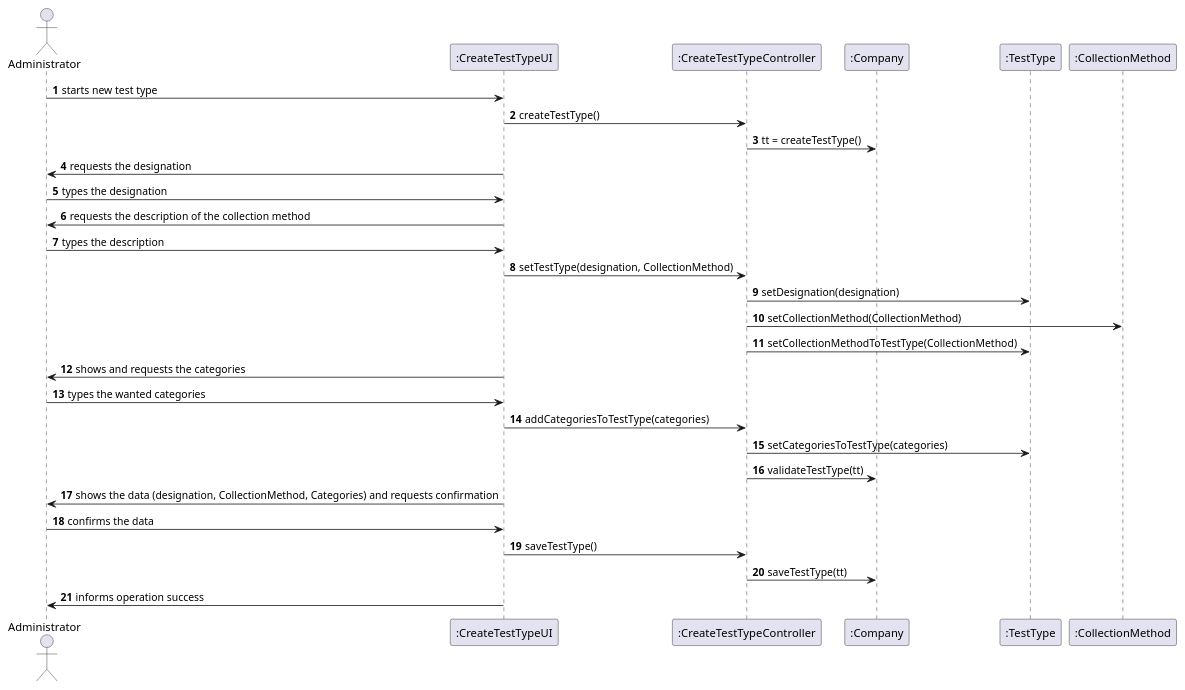
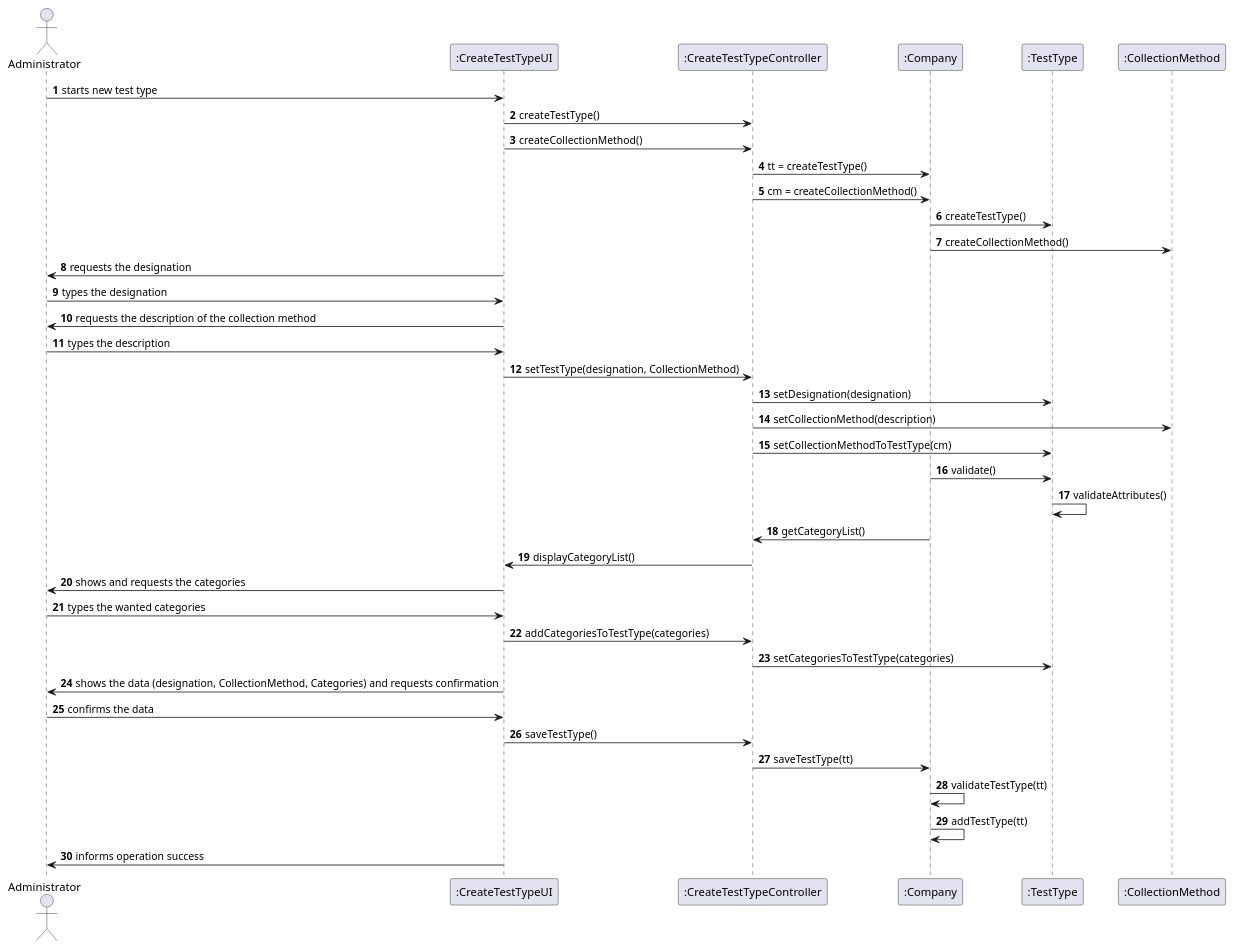
Before and after one commit to MadDinosaur/ISEP-LAPR2: the diagram in docs/SprintB/US9/US9_SD.puml, drawn with PlantUML. The commit also changed 7 other files, not shown here.

Commit message:
Made some changes to the sequence diagram, to the class diagram and to the requirements file. Started implementing the code.

```diff
--- a/docs/SprintB/US9/US9_SD.puml
+++ b/docs/SprintB/US9/US9_SD.puml
@@ -1,37 +1,48 @@
 @startuml
 
 
 autonumber
 
 actor Administrator
 
 Administrator -> ":CreateTestTypeUI": starts new test type
 ":CreateTestTypeUI" -> ":CreateTestTypeController": createTestType()
+":CreateTestTypeUI" -> ":CreateTestTypeController": createCollectionMethod()
 ":CreateTestTypeController" -> ":Company": tt = createTestType()
+":CreateTestTypeController" -> ":Company": cm = createCollectionMethod()
+":Company" -> ":TestType": createTestType()
+":Company" -> ":CollectionMethod": createCollectionMethod()
 
 ":CreateTestTypeUI" -> Administrator: requests the designation
 Administrator -> ":CreateTestTypeUI": types the designation
 ":CreateTestTypeUI" -> Administrator: requests the description of the collection method
 Administrator -> ":CreateTestTypeUI": types the description
 
 ":CreateTestTypeUI" -> ":CreateTestTypeController": setTestType(designation, CollectionMethod)
 ":CreateTestTypeController" -> ":TestType": setDesignation(designation)
-":CreateTestTypeController" -> ":CollectionMethod": setCollectionMethod(CollectionMethod)
-":CreateTestTypeController" -> ":TestType": setCollectionMethodToTestType(CollectionMethod)
+":CreateTestTypeController" -> ":CollectionMethod": setCollectionMethod(description)
+":CreateTestTypeController" -> ":TestType": setCollectionMethodToTestType(cm)
+
+":Company" -> ":TestType": validate()
+":TestType" -> ":TestType": validateAttributes()
+
+":Company" -> ":CreateTestTypeController": getCategoryList()
+":CreateTestTypeController" -> ":CreateTestTypeUI": displayCategoryList()
 
 ":CreateTestTypeUI" -> Administrator: shows and requests the categories
 Administrator -> ":CreateTestTypeUI": types the wanted categories
 
 ":CreateTestTypeUI" -> ":CreateTestTypeController": addCategoriesToTestType(categories)
 ":CreateTestTypeController" -> ":TestType": setCategoriesToTestType(categories)
-":CreateTestTypeController" -> ":Company": validateTestType(tt)
 ":CreateTestTypeUI" -> Administrator: shows the data (designation, CollectionMethod, Categories) and requests confirmation
 Administrator -> ":CreateTestTypeUI": confirms the data
 ":CreateTestTypeUI" -> ":CreateTestTypeController": saveTestType()
 ":CreateTestTypeController" -> ":Company": saveTestType(tt)
+":Company" -> ":Company": validateTestType(tt)
+":Company" -> ":Company": addTestType(tt)
 
 ":CreateTestTypeUI" -> Administrator: informs operation success
 
 
 
 @enduml
```
